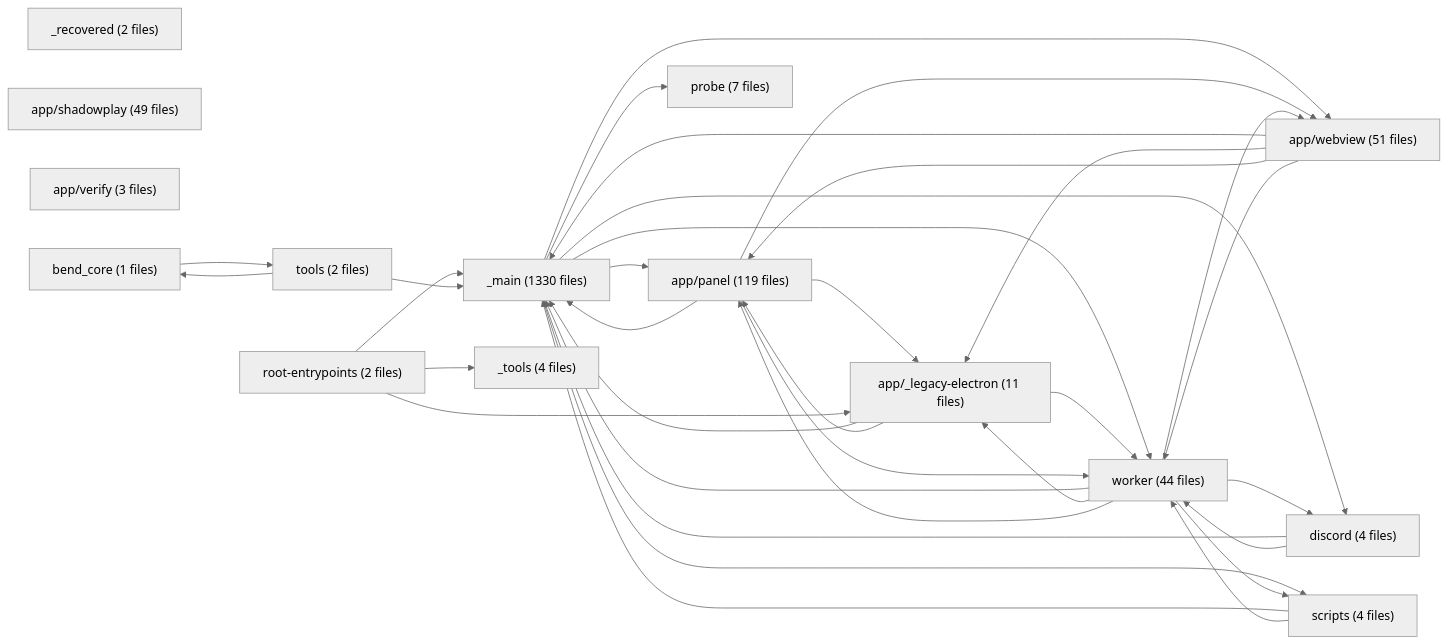
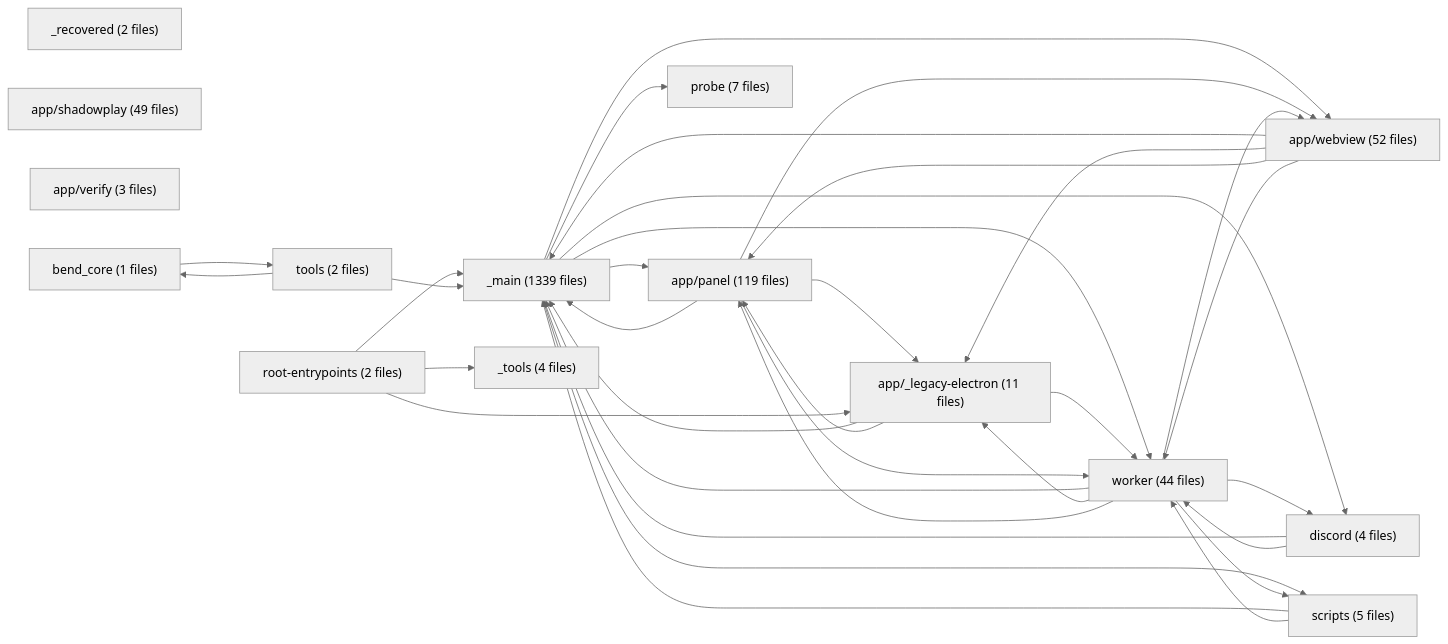
The diagram in features/INDEX.md (mateusant13/sotto), drawn with Mermaid (neutral theme) before and after one commit. The commit also changed other lines of this file and 1 other file, not shown here.

````diff
--- a/features/INDEX.md
+++ b/features/INDEX.md
@@ -28,51 +28,51 @@
 ```mermaid
 flowchart LR
-  _main["_main (1330 files)"]
+  _main["_main (1339 files)"]
   _recovered["_recovered (2 files)"]
   _tools["_tools (4 files)"]
   app__legacy_electron["app/_legacy-electron (11 files)"]
   app_panel["app/panel (119 files)"]
   app_shadowplay["app/shadowplay (49 files)"]
   app_verify["app/verify (3 files)"]
-  app_webview["app/webview (51 files)"]
+  app_webview["app/webview (52 files)"]
   bend_core["bend_core (1 files)"]
   discord["discord (4 files)"]
   probe["probe (7 files)"]
   root_entrypoints["root-entrypoints (2 files)"]
-  scripts["scripts (4 files)"]
+  scripts["scripts (5 files)"]
   tools["tools (2 files)"]
   worker["worker (44 files)"]
   _main --> app_panel
   _main --> app_webview
   _main --> worker
   _main --> discord
   _main --> probe
   _main --> scripts
   app__legacy_electron --> _main
   app__legacy_electron --> app_panel
   app__legacy_electron --> worker
   app_panel --> _main
   app_panel --> app__legacy_electron
   app_panel --> app_webview
   app_panel --> worker
   app_webview --> _main
   app_webview --> app__legacy_electron
   app_webview --> app_panel
   app_webview --> worker
   bend_core --> tools
   discord --> _main
   discord --> worker
   root_entrypoints --> _main
   root_entrypoints --> _tools
   root_entrypoints --> app__legacy_electron
   scripts --> _main
   scripts --> worker
   tools --> bend_core
   tools --> _main
   worker --> _main
   worker --> app__legacy_electron
   worker --> app_webview
   worker --> app_panel
   worker --> discord
   worker --> scripts
 ```
````
